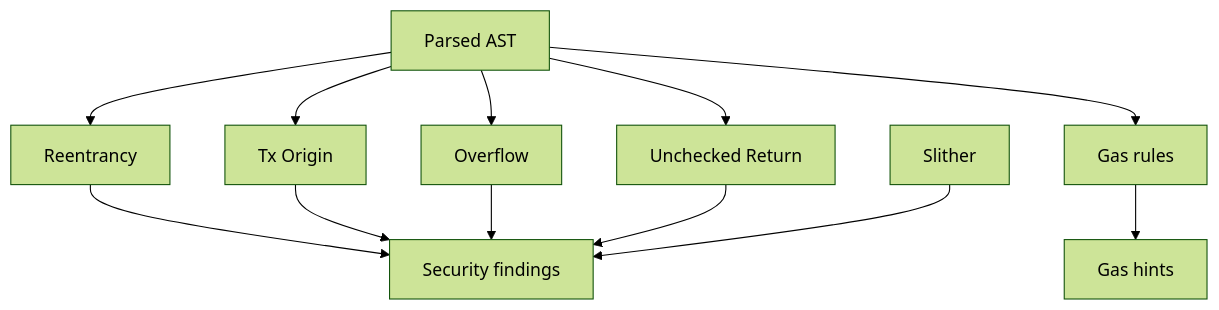
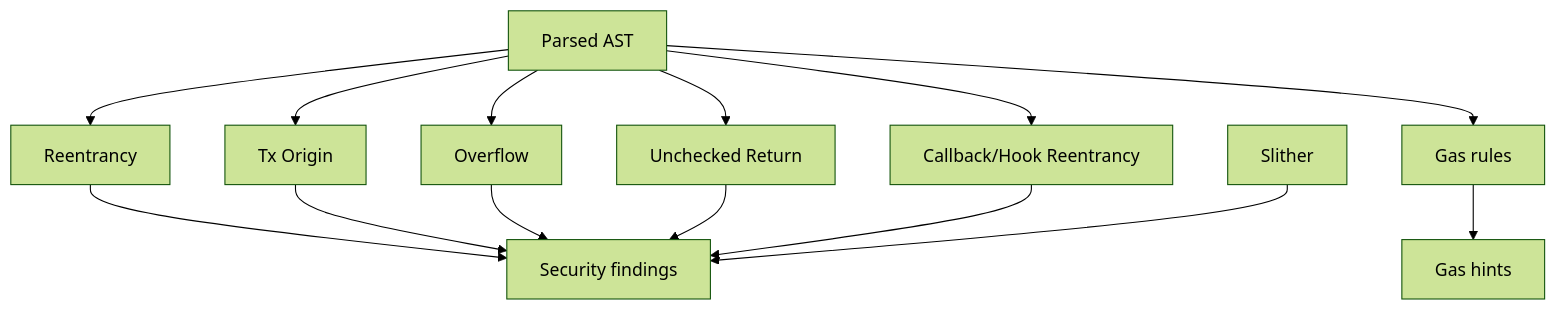
The fifth of 5 diagrams in README.md (Emmy123222/StellarChainproofs), drawn with Mermaid (forest theme) before and after one commit. The commit also changed other lines of this file and 38 other files, not shown here.

````diff
--- a/README.md
+++ b/README.md
@@ -417,14 +424,16 @@
 ```mermaid
 flowchart TB
     ast[Parsed AST] --> r1[Reentrancy]
     ast --> r2[Tx Origin]
     ast --> r3[Overflow]
     ast --> r4[Unchecked Return]
     ast --> r5[Gas rules]
+    ast --> r6[Callback/Hook Reentrancy]
     r1 --> merge[Security findings]
     r2 --> merge
     r3 --> merge
     r4 --> merge
+    r6 --> merge
     slither[Slither] --> merge
     r5 --> gas[Gas hints]
 ```
````
